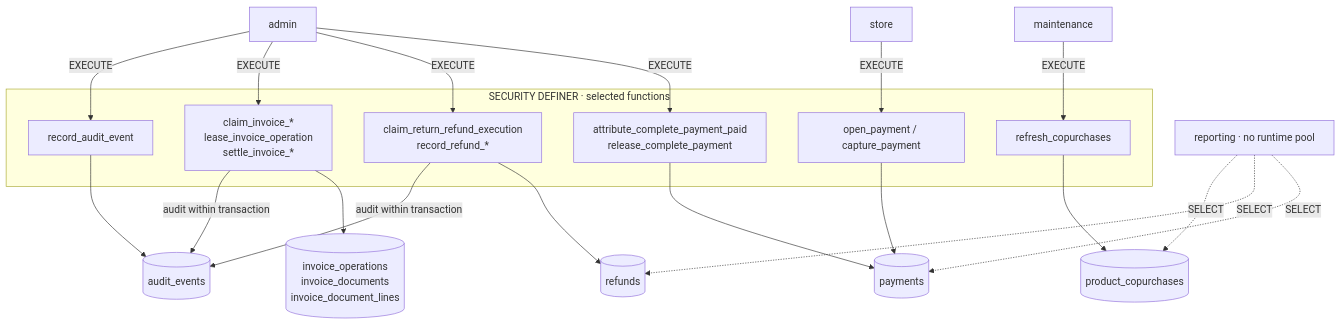
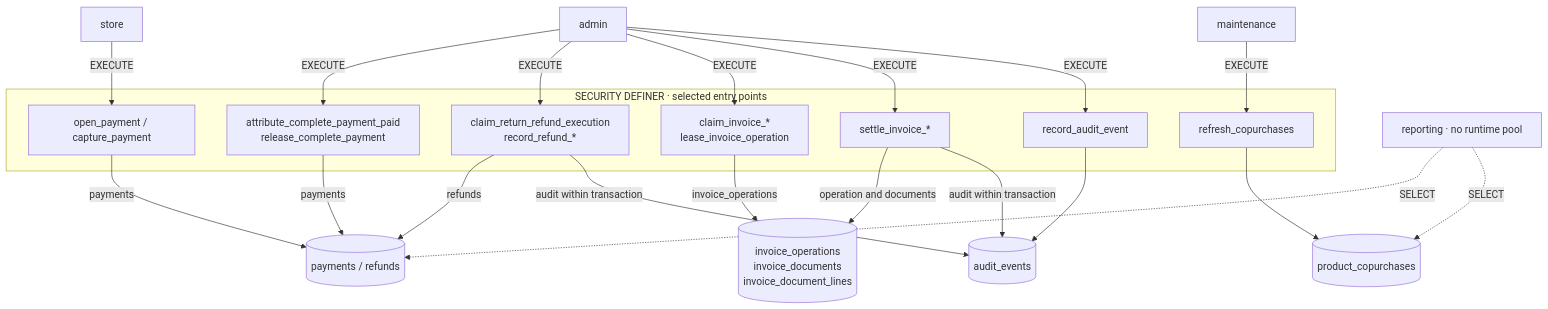
The fifth of 9 diagrams in ARCHITECTURE.md (Koopa0/goen), drawn with Mermaid before and after one commit. The commit also changed other lines of this file, not shown here.

Commit message:
docs: clarify architecture boundaries and flows

````diff
--- a/ARCHITECTURE.md
+++ b/ARCHITECTURE.md
@@ -216,31 +246,23 @@
 ```mermaid
 flowchart TB
-    store["store"]
-    admin["admin"]
-    maintenance["maintenance"]
-    reporting["reporting · no runtime pool"]
-    subgraph doors["SECURITY DEFINER · selected functions"]
+    subgraph doors["SECURITY DEFINER · selected entry points"]
         pay["open_payment / capture_payment"]
         recover["attribute_complete_payment_paid<br/>release_complete_payment"]
         refund["claim_return_refund_execution<br/>record_refund_*"]
-        invoice["claim_invoice_*<br/>lease_invoice_operation<br/>settle_invoice_*"]
+        claim["claim_invoice_*<br/>lease_invoice_operation"]
+        settle["settle_invoice_*"]
         audit["record_audit_event"]
         refresh["refresh_copurchases"]
     end
-    payments[("payments")]
-    refunds[("refunds")]
-    tax[("invoice_operations<br/>invoice_documents<br/>invoice_document_lines")]
-    events[("audit_events")]
-    pairs[("product_copurchases")]
-    store -->|EXECUTE| pay --> payments
-    admin -->|EXECUTE| recover --> payments
-    admin -->|EXECUTE| refund --> refunds
-    admin -->|EXECUTE| invoice --> tax
-    admin -->|EXECUTE| audit --> events
+    store["store"] -->|EXECUTE| pay -->|payments| financial[("payments / refunds")]
+    admin["admin"] -->|EXECUTE| recover -->|payments| financial
+    admin -->|EXECUTE| refund -->|refunds| financial
+    admin -->|EXECUTE| claim -->|invoice_operations| tax[("invoice_operations<br/>invoice_documents<br/>invoice_document_lines")]
+    admin -->|EXECUTE| settle -->|operation and documents| tax
+    admin -->|EXECUTE| audit --> events[("audit_events")]
     refund -->|audit within transaction| events
-    invoice -->|audit within transaction| events
-    maintenance -->|EXECUTE| refresh --> pairs
-    reporting -.->|SELECT| payments
-    reporting -.->|SELECT| refunds
+    settle -->|audit within transaction| events
+    maintenance["maintenance"] -->|EXECUTE| refresh --> pairs[("product_copurchases")]
+    reporting["reporting · no runtime pool"] -.->|SELECT| financial
     reporting -.->|SELECT| pairs
 ```
````
